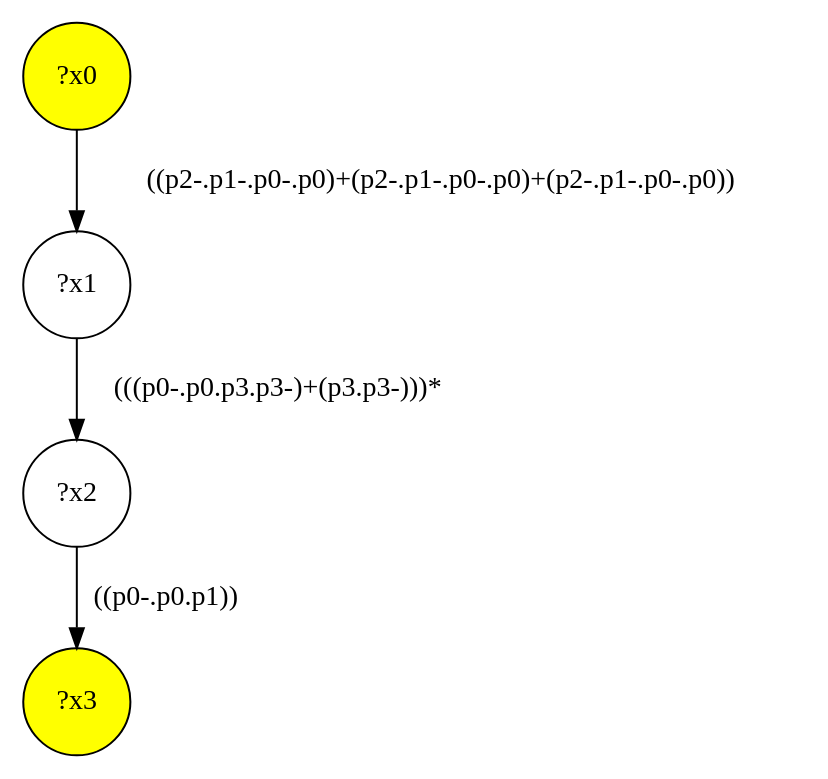
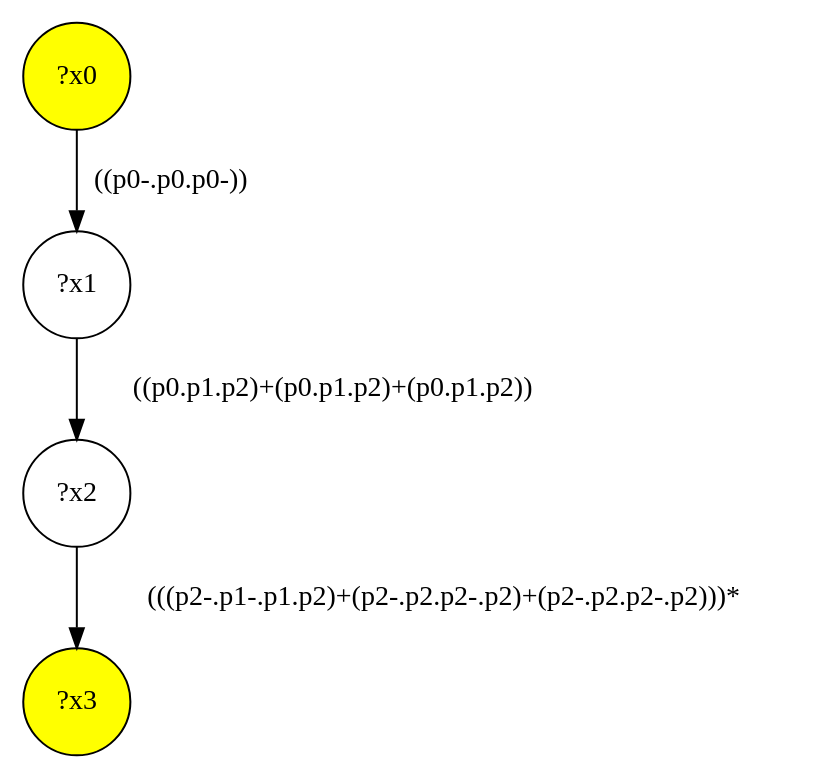
Before and after one commit to gbagan/gmark: the diagram in src/queryinterface/interface-queries/query-3.dot, drawn with Graphviz. The commit also changed 154 other files, not shown here.

```diff
--- a/src/queryinterface/interface-queries/query-3.dot
+++ b/src/queryinterface/interface-queries/query-3.dot
@@ -1,9 +1,9 @@
 digraph g {
 	x0 [fillcolor="yellow", style="filled," shape=circle, label="?x0"];
 	x3 [fillcolor="yellow", style="filled," shape=circle, label="?x3"];
 	x1 [shape=circle, label="?x1"];
-	x0 -> x1 [label="((p2-.p1-.p0-.p0)+(p2-.p1-.p0-.p0)+(p2-.p1-.p0-.p0))"];
+	x0 -> x1 [label="((p0-.p0.p0-))"];
 	x2 [shape=circle, label="?x2"];
-	x1 -> x2 [label="(((p0-.p0.p3.p3-)+(p3.p3-)))*"];
-	x2 -> x3 [label="((p0-.p0.p1))"];
+	x1 -> x2 [label="((p0.p1.p2)+(p0.p1.p2)+(p0.p1.p2))"];
+	x2 -> x3 [label="(((p2-.p1-.p1.p2)+(p2-.p2.p2-.p2)+(p2-.p2.p2-.p2)))*"];
 }
```
